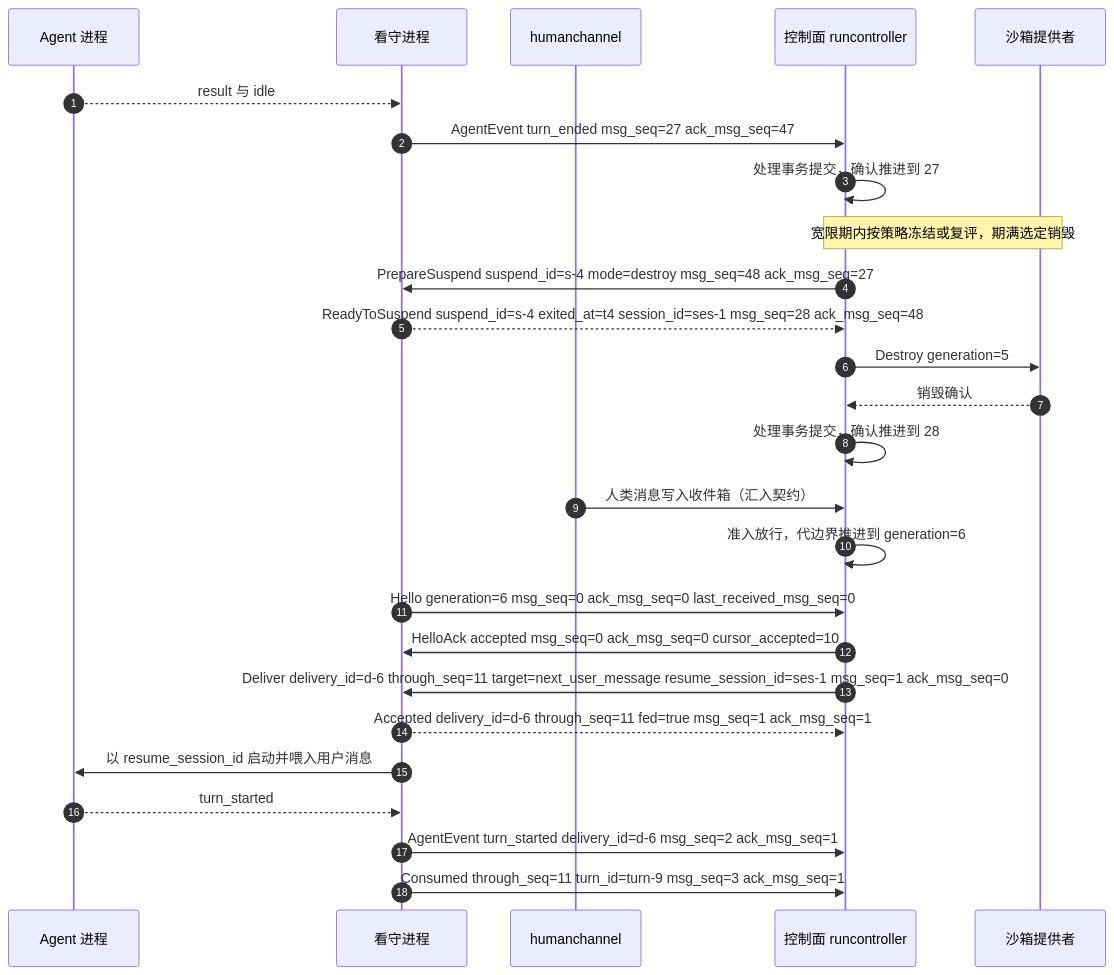
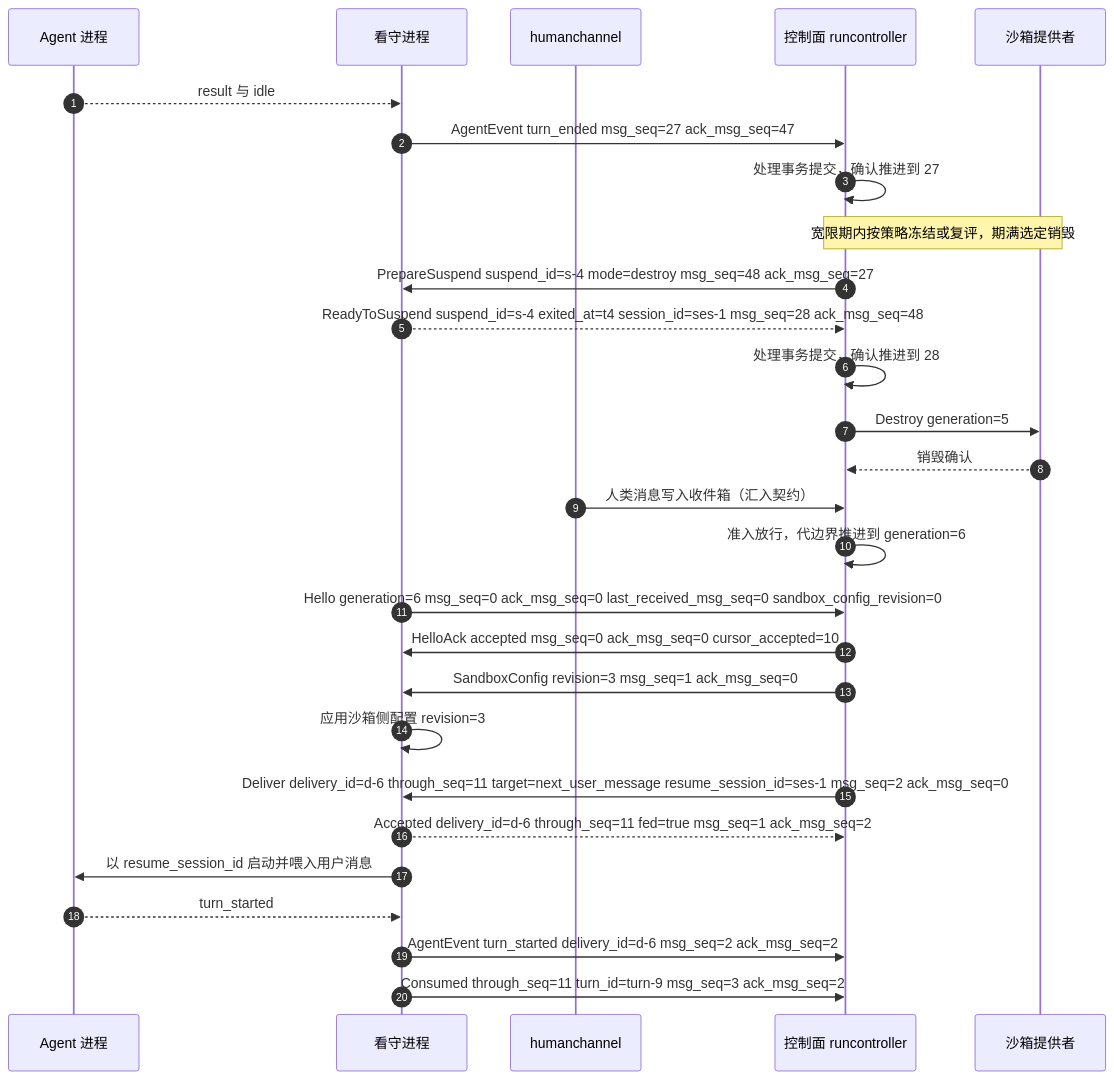
One commit to wangzw/castworks changed the sixth of 6 diagrams in docs/design/modules/design-agentprotocol.md. Above: the diagram before and after it, drawn with Mermaid. The commit also changed other lines of this file and 37 other files, not shown here.

````diff
--- a/docs/design/modules/design-agentprotocol.md
+++ b/docs/design/modules/design-agentprotocol.md
@@ -459,28 +468,30 @@
 ```mermaid
 sequenceDiagram
     autonumber
     participant A as Agent 进程
     participant W as 看守进程
     participant H as humanchannel
     participant R as 控制面 runcontroller
     participant P as 沙箱提供者
     A-->>W: result 与 idle
     W->>R: AgentEvent turn_ended msg_seq=27 ack_msg_seq=47
     R->>R: 处理事务提交，确认推进到 27
     Note over R,P: 宽限期内按策略冻结或复评，期满选定销毁
     R->>W: PrepareSuspend suspend_id=s-4 mode=destroy msg_seq=48 ack_msg_seq=27
     W-->>R: ReadyToSuspend suspend_id=s-4 exited_at=t4 session_id=ses-1 msg_seq=28 ack_msg_seq=48
+    R->>R: 处理事务提交，确认推进到 28
     R->>P: Destroy generation=5
     P-->>R: 销毁确认
-    R->>R: 处理事务提交，确认推进到 28
     H->>R: 人类消息写入收件箱（汇入契约）
     R->>R: 准入放行，代边界推进到 generation=6
-    W->>R: Hello generation=6 msg_seq=0 ack_msg_seq=0 last_received_msg_seq=0
+    W->>R: Hello generation=6 msg_seq=0 ack_msg_seq=0 last_received_msg_seq=0 sandbox_config_revision=0
     R->>W: HelloAck accepted msg_seq=0 ack_msg_seq=0 cursor_accepted=10
-    R->>W: Deliver delivery_id=d-6 through_seq=11 target=next_user_message resume_session_id=ses-1 msg_seq=1 ack_msg_seq=0
-    W-->>R: Accepted delivery_id=d-6 through_seq=11 fed=true msg_seq=1 ack_msg_seq=1
+    R->>W: SandboxConfig revision=3 msg_seq=1 ack_msg_seq=0
+    W->>W: 应用沙箱侧配置 revision=3
+    R->>W: Deliver delivery_id=d-6 through_seq=11 target=next_user_message resume_session_id=ses-1 msg_seq=2 ack_msg_seq=0
+    W-->>R: Accepted delivery_id=d-6 through_seq=11 fed=true msg_seq=1 ack_msg_seq=2
     W->>A: 以 resume_session_id 启动并喂入用户消息
     A-->>W: turn_started
-    W->>R: AgentEvent turn_started delivery_id=d-6 msg_seq=2 ack_msg_seq=1
-    W->>R: Consumed through_seq=11 turn_id=turn-9 msg_seq=3 ack_msg_seq=1
+    W->>R: AgentEvent turn_started delivery_id=d-6 msg_seq=2 ack_msg_seq=2
+    W->>R: Consumed through_seq=11 turn_id=turn-9 msg_seq=3 ack_msg_seq=2
 ```
````
